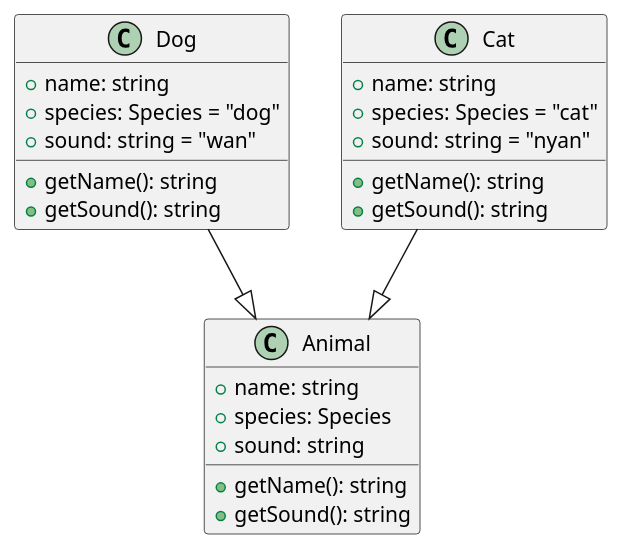
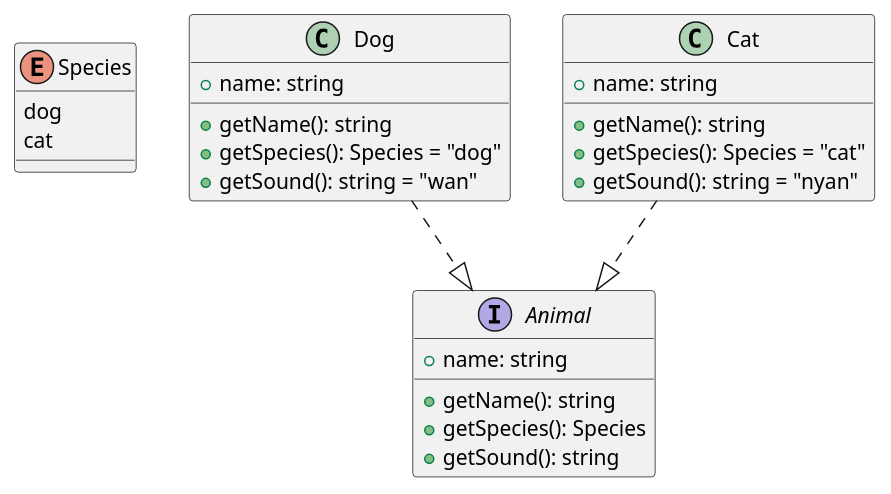
The diagram in src/UML/animal.pu (ko-uema2/LT_strategy-pattern), drawn with PlantUML before and after one commit. The commit also changed 3 other files, not shown here.

```diff
--- a/src/UML/animal.pu
+++ b/src/UML/animal.pu
@@ -1,30 +1,32 @@
 @startuml
 
-class Animal {
+enum Species {
+  dog
+  cat
+}
+
+interface Animal {
   +name: string
-  +species: Species
-  +sound: string
   +getName(): string
+  +getSpecies(): Species
   +getSound(): string
 }
 
 class Dog {
   +name: string
-  +species: Species = "dog"
-  +sound: string = "wan"
   +getName(): string
-  +getSound(): string
+  +getSpecies(): Species = "dog"
+  +getSound(): string = "wan"
 }
 
 class Cat {
   +name: string
-  +species: Species = "cat"
-  +sound: string = "nyan"
   +getName(): string
-  +getSound(): string
+  +getSpecies(): Species = "cat"
+  +getSound(): string = "nyan"
 }
 
-Dog --|> Animal
-Cat --|> Animal
+Dog ..|> Animal
+Cat ..|> Animal
 
 @enduml
```
